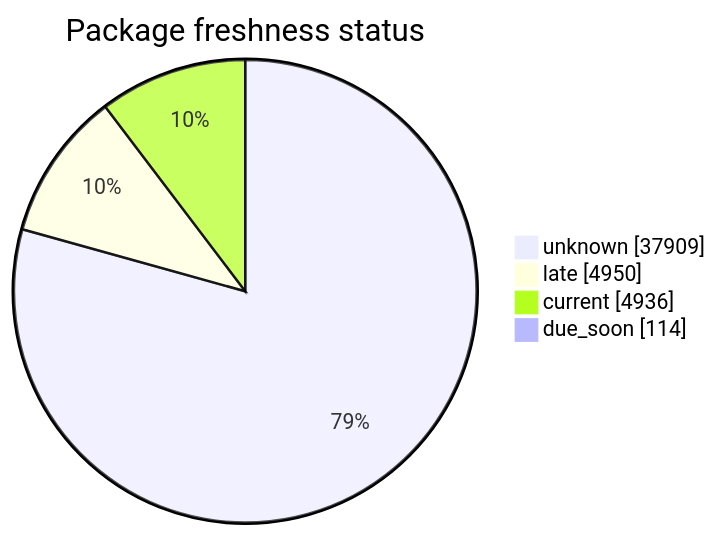
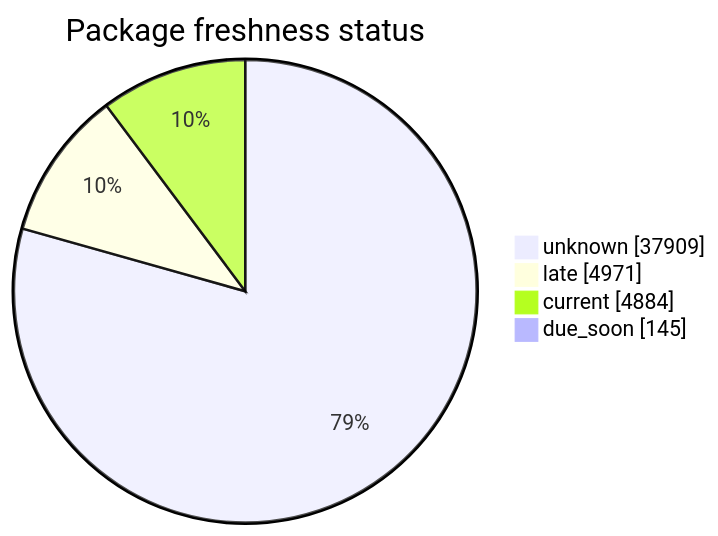
One commit to open-data/analytics-corporate-reporting changed the second of 5 diagrams in FreshCheck/README.md. Above: the diagram before and after it, drawn with Mermaid. The commit also changed other lines of this file and 3 other files, not shown here.

````diff
--- a/FreshCheck/README.md
+++ b/FreshCheck/README.md
@@ -68,7 +68,7 @@
 ```mermaid
 pie showData title Package freshness status
     "unknown": 37909
-    "late": 4950
-    "current": 4936
-    "due_soon": 114
+    "late": 4971
+    "current": 4884
+    "due_soon": 145
 ```
````
